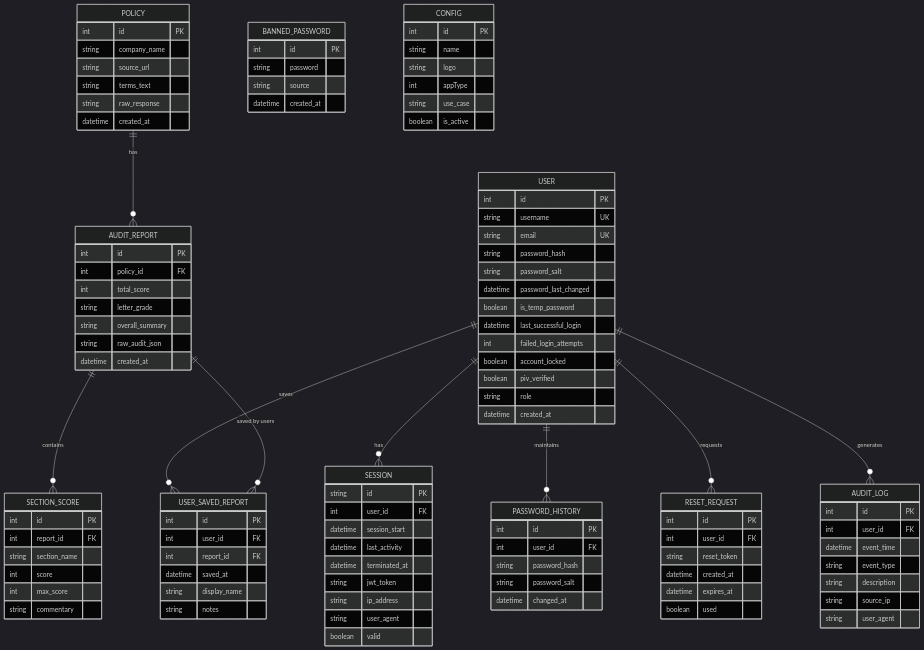
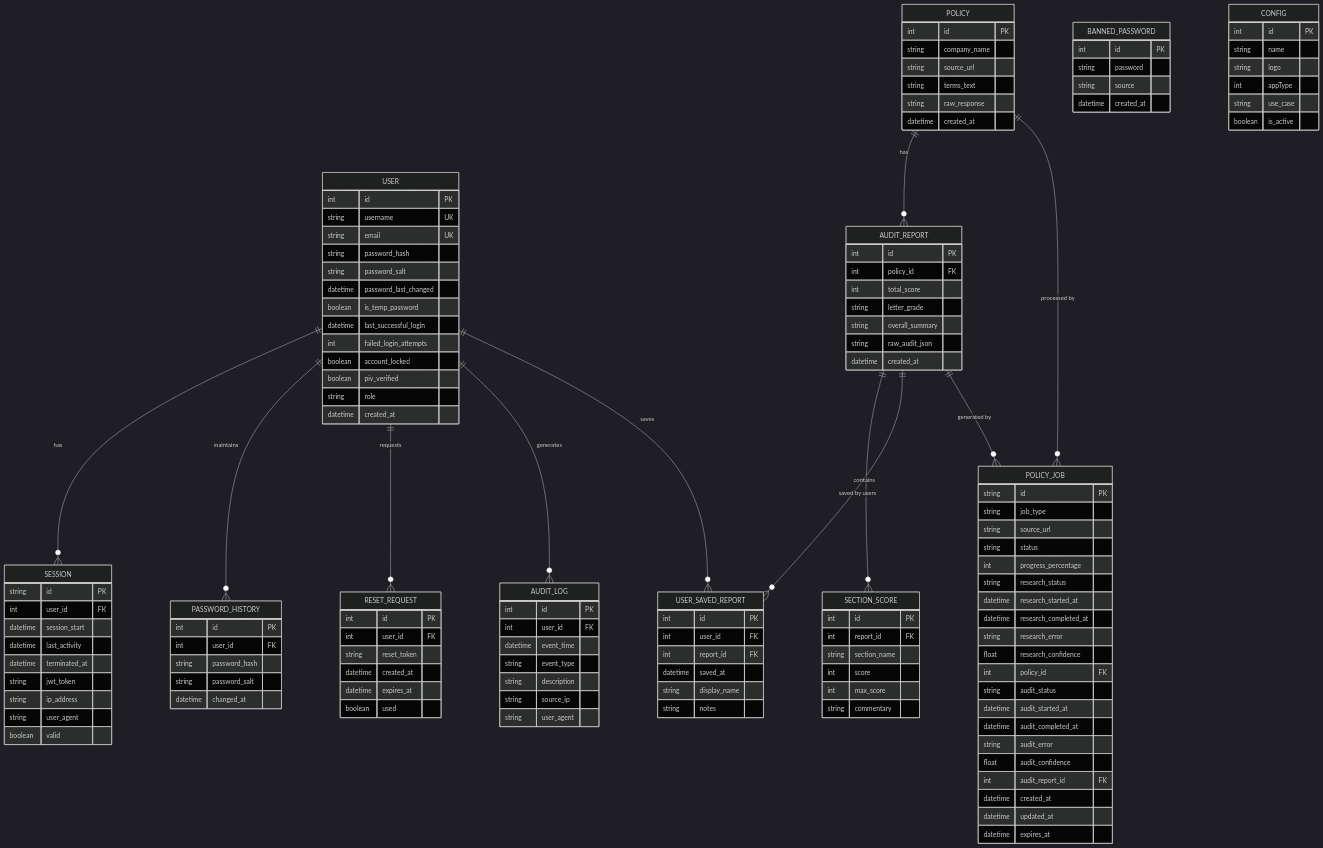
The first of 3 diagrams in cline-docs/systemArchitecture.md (artsmc/hackathon-cerebras), drawn with Mermaid (dark theme) before and after one commit. The commit also changed other lines of this file and 43 other files, not shown here.

First line of the commit message:
feat: Implement Policy Audit and Job Services

````diff
--- a/cline-docs/systemArchitecture.md
+++ b/cline-docs/systemArchitecture.md
@@ -22,8 +22,10 @@
     USER ||--o{ AUDIT_LOG : "generates"
     USER ||--o{ USER_SAVED_REPORT : "saves"
     POLICY ||--o{ AUDIT_REPORT : "has"
+    POLICY ||--o{ POLICY_JOB : "processed by"
     AUDIT_REPORT ||--o{ SECTION_SCORE : "contains"
     AUDIT_REPORT ||--o{ USER_SAVED_REPORT : "saved by users"
+    AUDIT_REPORT ||--o{ POLICY_JOB : "generated by"
     
     USER {
         int id PK
@@ -132,4 +134,27 @@
         string display_name
         string notes
     }
+    
+    POLICY_JOB {
+        string id PK
+        string job_type
+        string source_url
+        string status
+        int progress_percentage
+        string research_status
+        datetime research_started_at
+        datetime research_completed_at
+        string research_error
+        float research_confidence
+        int policy_id FK
+        string audit_status
+        datetime audit_started_at
+        datetime audit_completed_at
+        string audit_error
+        float audit_confidence
+        int audit_report_id FK
+        datetime created_at
+        datetime updated_at
+        datetime expires_at
+    }
 ```
````
